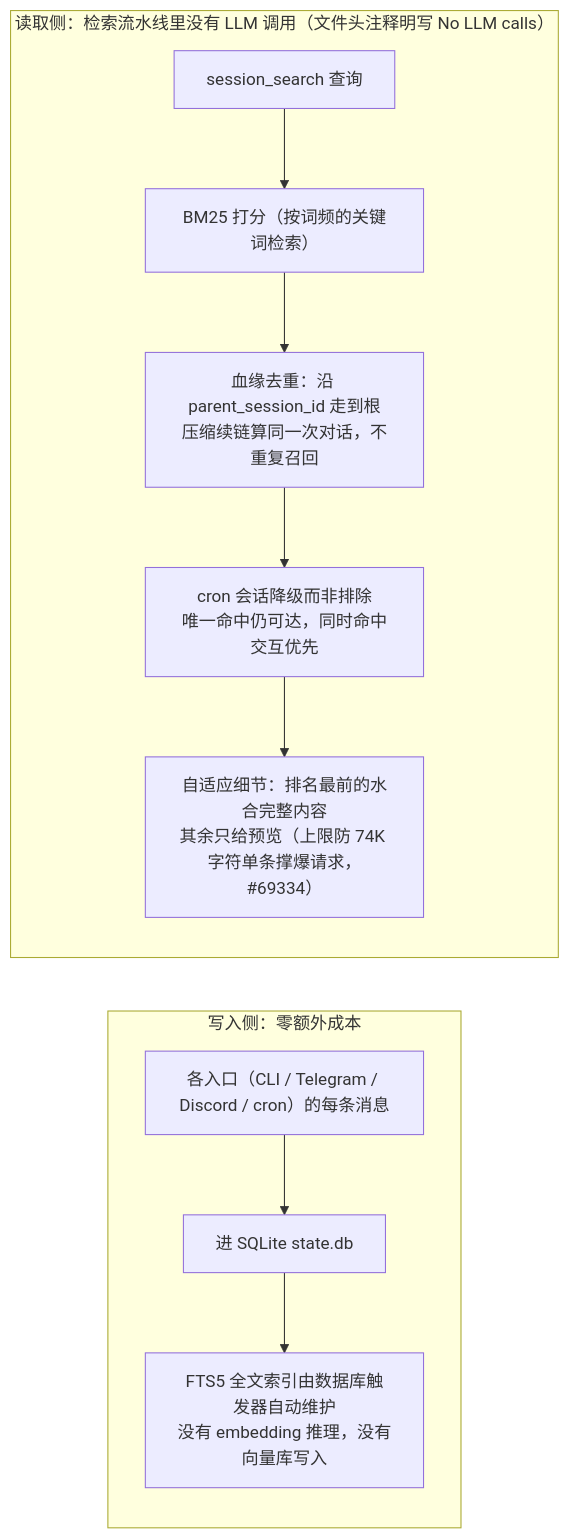
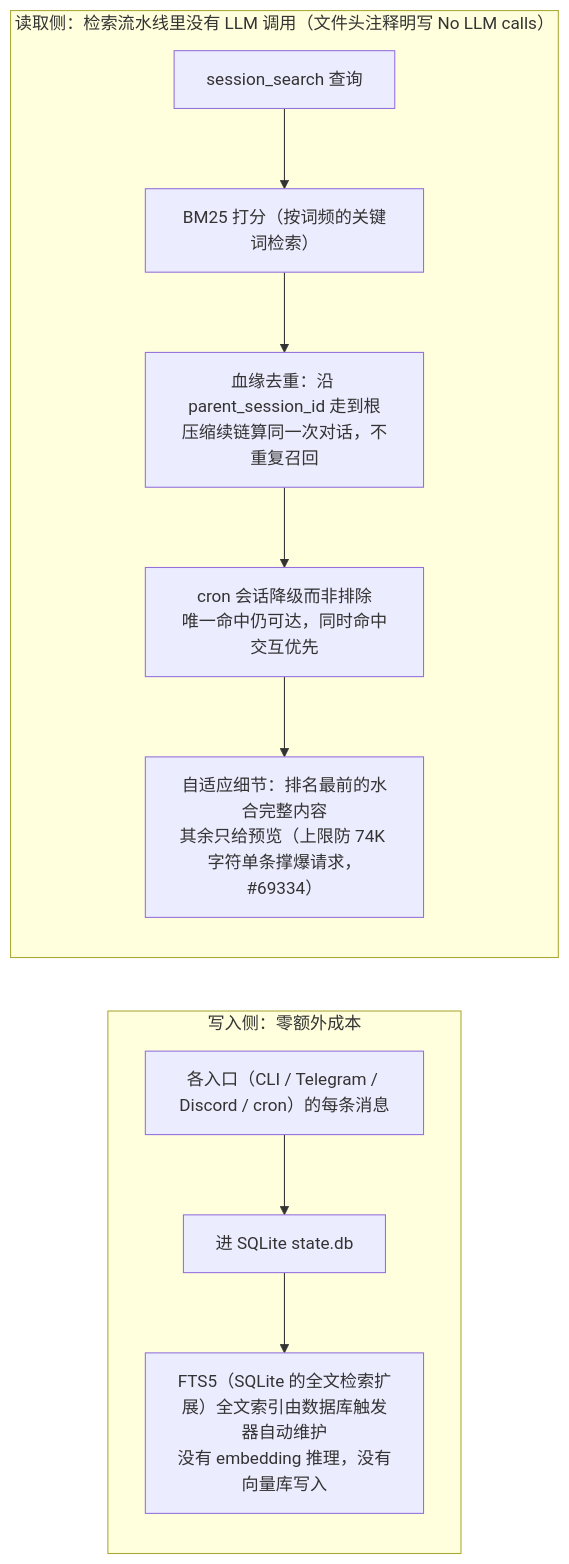
One commit to zachysun/awesome-agents-notes changed the fourth of 7 diagrams in notes/hermes-agent.md. Above: the diagram before and after it, drawn with Mermaid. The commit also changed other lines of this file and 12 other files, not shown here.

````diff
--- a/notes/hermes-agent.md
+++ b/notes/hermes-agent.md
@@ -196,13 +196,13 @@
 ```mermaid
 flowchart LR
     subgraph W["写入侧：零额外成本"]
         M1["各入口（CLI / Telegram / Discord / cron）的每条消息"] --> DB["进 SQLite state.db"]
-        DB --> FTS["FTS5 全文索引由数据库触发器自动维护<br/>没有 embedding 推理，没有向量库写入"]
+        DB --> FTS["FTS5（SQLite 的全文检索扩展）全文索引由数据库触发器自动维护<br/>没有 embedding 推理，没有向量库写入"]
     end
     subgraph R["读取侧：检索流水线里没有 LLM 调用（文件头注释明写 No LLM calls）"]
         Q["session_search 查询"] --> BM["BM25 打分（按词频的关键词检索）"]
         BM --> DEDUP["血缘去重：沿 parent_session_id 走到根<br/>压缩续链算同一次对话，不重复召回"]
         DEDUP --> DEG["cron 会话降级而非排除<br/>唯一命中仍可达，同时命中交互优先"]
         DEG --> HY["自适应细节：排名最前的水合完整内容<br/>其余只给预览（上限防 74K 字符单条撑爆请求，#69334）"]
     end
 ```
````
